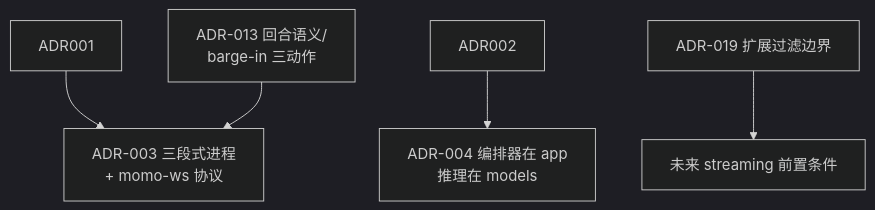
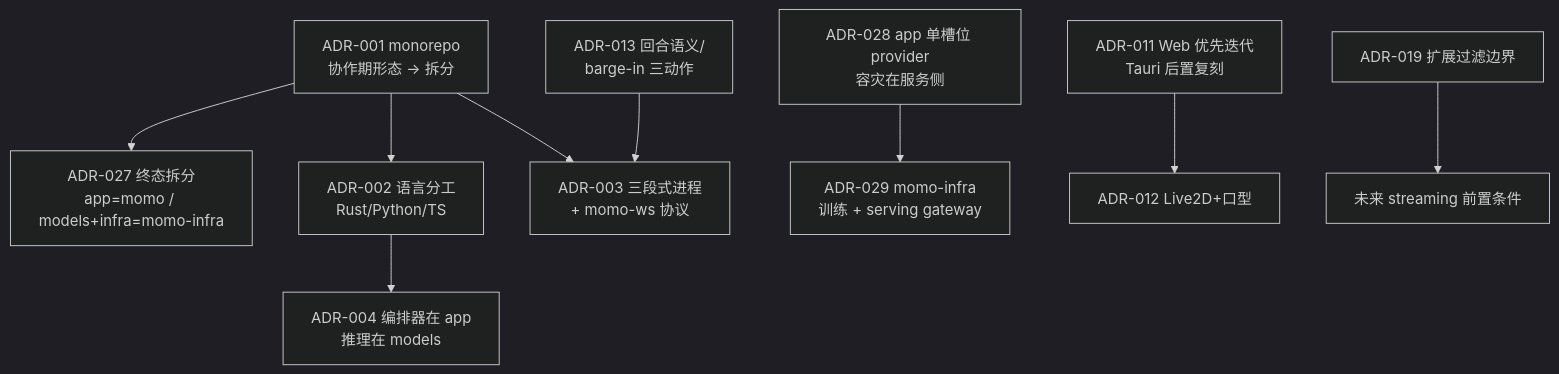
One commit to Momoyeyu/momo changed the diagram in docs/00-context/decisions.md. Above: the diagram before and after it, drawn with Mermaid (dark theme). The commit also changed other lines of this file and 15 other files, not shown here.

Commit message:
docs: correct product direction — humanlike companion core, web-first host, repo split plan, provider boundary

````diff
--- a/docs/00-context/decisions.md
+++ b/docs/00-context/decisions.md
@@ -6,7 +6,11 @@
 ```mermaid
 flowchart TD
+    ADR001["ADR-001 monorepo<br/>协作期形态 → 拆分"] --> ADR027["ADR-027 终态拆分<br/>app=momo / models+infra=momo-infra"]
+    ADR001 --> ADR002["ADR-002 语言分工<br/>Rust/Python/TS"]
     ADR001 --> ADR003["ADR-003 三段式进程<br/>+ momo-ws 协议"]
     ADR002 --> ADR004["ADR-004 编排器在 app<br/>推理在 models"]
+    ADR028["ADR-028 app 单槽位 provider<br/>容灾在服务侧"] --> ADR029["ADR-029 momo-infra<br/>训练 + serving gateway"]
+    ADR011["ADR-011 Web 优先迭代<br/>Tauri 后置复刻"] --> ADR012["ADR-012 Live2D+口型"]
     ADR013["ADR-013 回合语义/<br/>barge-in 三动作"] --> ADR003
     ADR019["ADR-019 扩展过滤边界"] --> FUTURE["未来 streaming 前置条件"]
 ```
````
